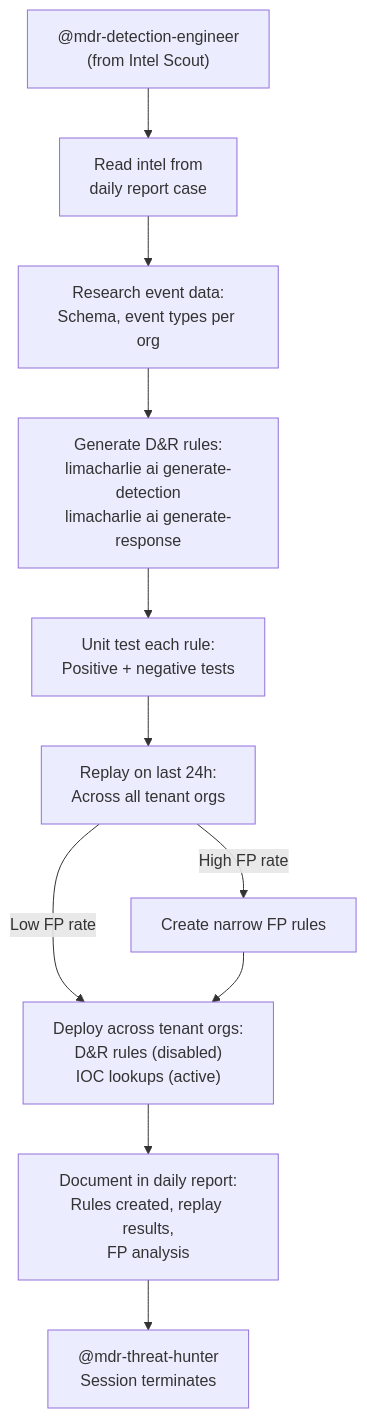
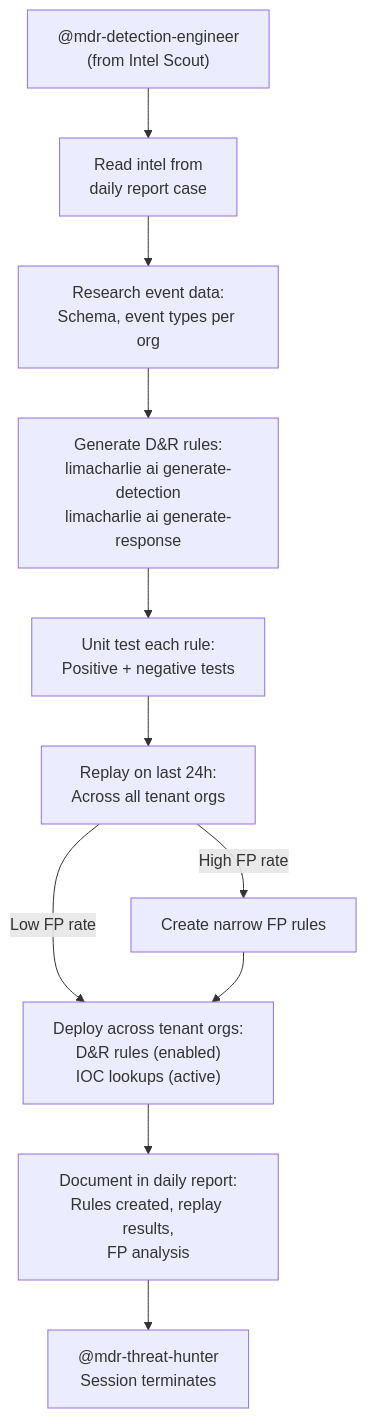
One commit to refractionPOINT/lc-ai changed the diagram in ai-teams/mdr-hunting-pipeline-team/detection-engineer/README.md. Above: the diagram before and after it, drawn with Mermaid. The commit also changed other lines of this file and 7 other files, not shown here.

````diff
--- a/ai-teams/mdr-hunting-pipeline-team/detection-engineer/README.md
+++ b/ai-teams/mdr-hunting-pipeline-team/detection-engineer/README.md
@@ -7,13 +7,13 @@
 ```mermaid
 flowchart TD
     trigger["@mdr-detection-engineer<br/>(from Intel Scout)"] --> read["Read intel from<br/>daily report case"]
     read --> research["Research event data:<br/>Schema, event types per org"]
     research --> rules["Generate D&R rules:<br/>limacharlie ai generate-detection<br/>limacharlie ai generate-response"]
     rules --> test["Unit test each rule:<br/>Positive + negative tests"]
     test --> replay["Replay on last 24h:<br/>Across all tenant orgs"]
     replay -->|High FP rate| fp["Create narrow FP rules"]
-    replay -->|Low FP rate| deploy["Deploy across tenant orgs:<br/>D&R rules (disabled)<br/>IOC lookups (active)"]
+    replay -->|Low FP rate| deploy["Deploy across tenant orgs:<br/>D&R rules (enabled)<br/>IOC lookups (active)"]
     fp --> deploy
     deploy --> document["Document in daily report:<br/>Rules created, replay results,<br/>FP analysis"]
     document --> handoff["@mdr-threat-hunter<br/>Session terminates"]
 ```
````
